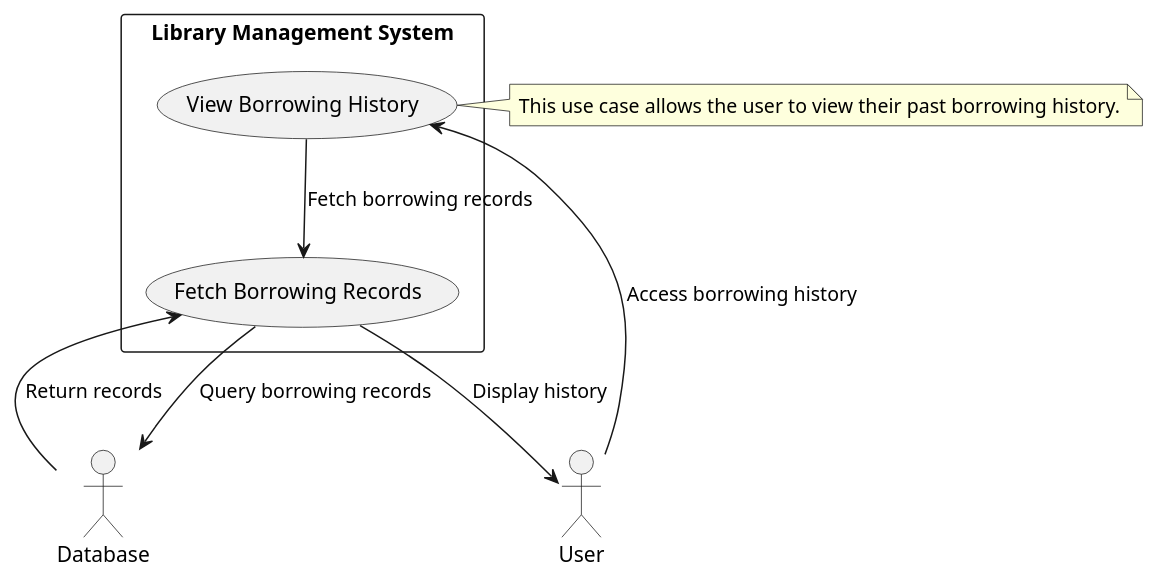
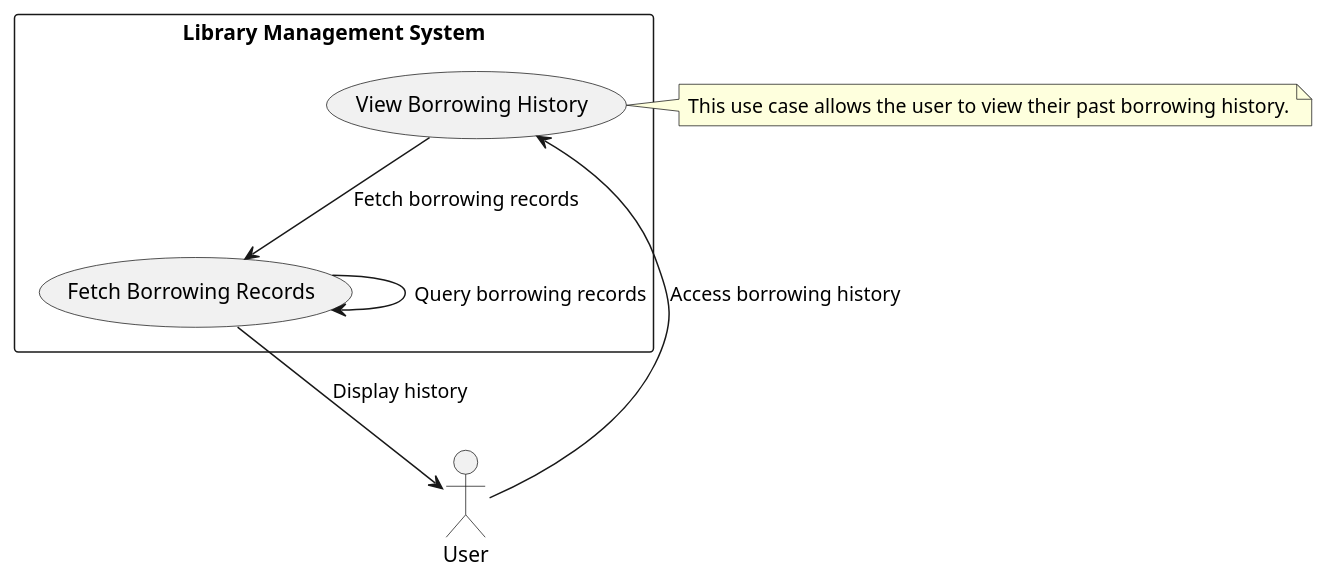
One commit to mernaahmed2020/LibraryOO changed the diagram in docs/Use cases/View Borrowing History.puml. Above: the diagram before and after it, drawn with PlantUML.

Commit message:
Update View Borrowing History.puml

```diff
--- a/docs/Use cases/View Borrowing History.puml
+++ b/docs/Use cases/View Borrowing History.puml
@@ -1,21 +1,19 @@
 @startuml
 
 actor User
-actor Database
 
 rectangle "Library Management System" {
     usecase "View Borrowing History" as UC6
     usecase "Fetch Borrowing Records" as UC7
 }
 
 User --> UC6 : "Access borrowing history"
 UC6 --> UC7 : "Fetch borrowing records"
-UC7 --> Database : "Query borrowing records"
-Database --> UC7 : "Return records"
+UC7 --> UC7 : "Query borrowing records"
 UC7 --> User : "Display history"
 
 note right of UC6
 This use case allows the user to view their past borrowing history.
 end note
 
 @enduml
```
